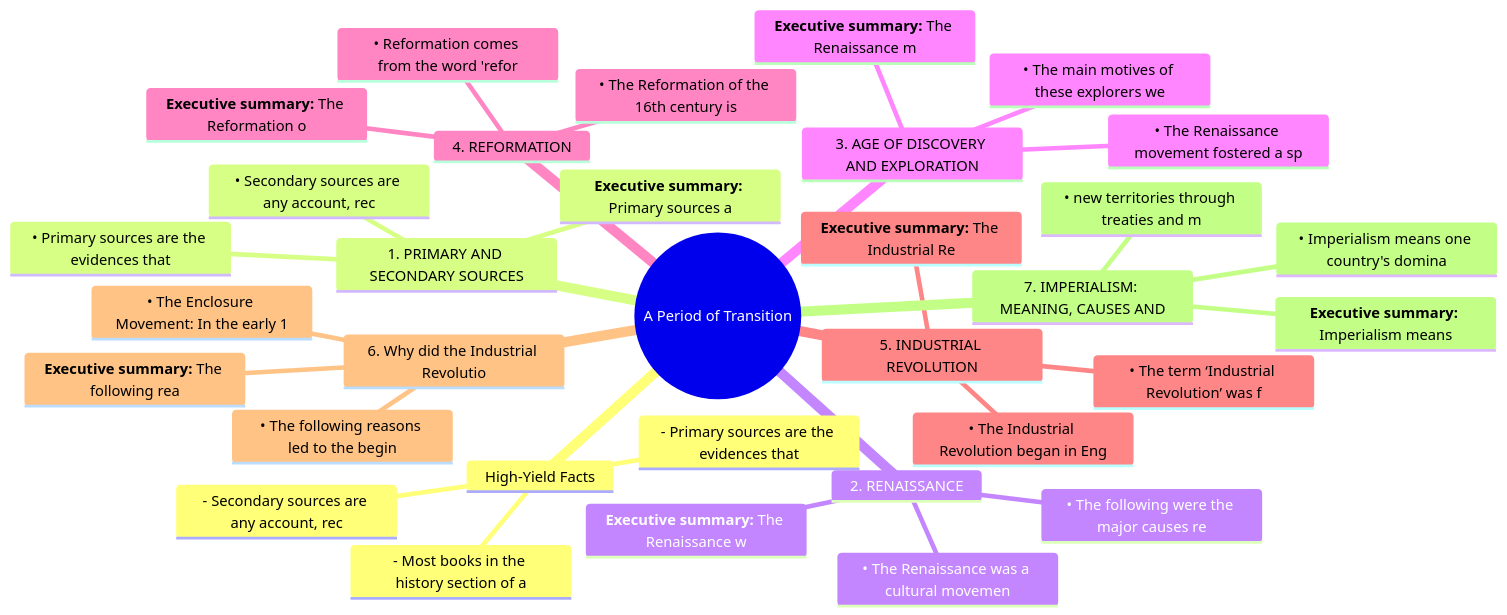
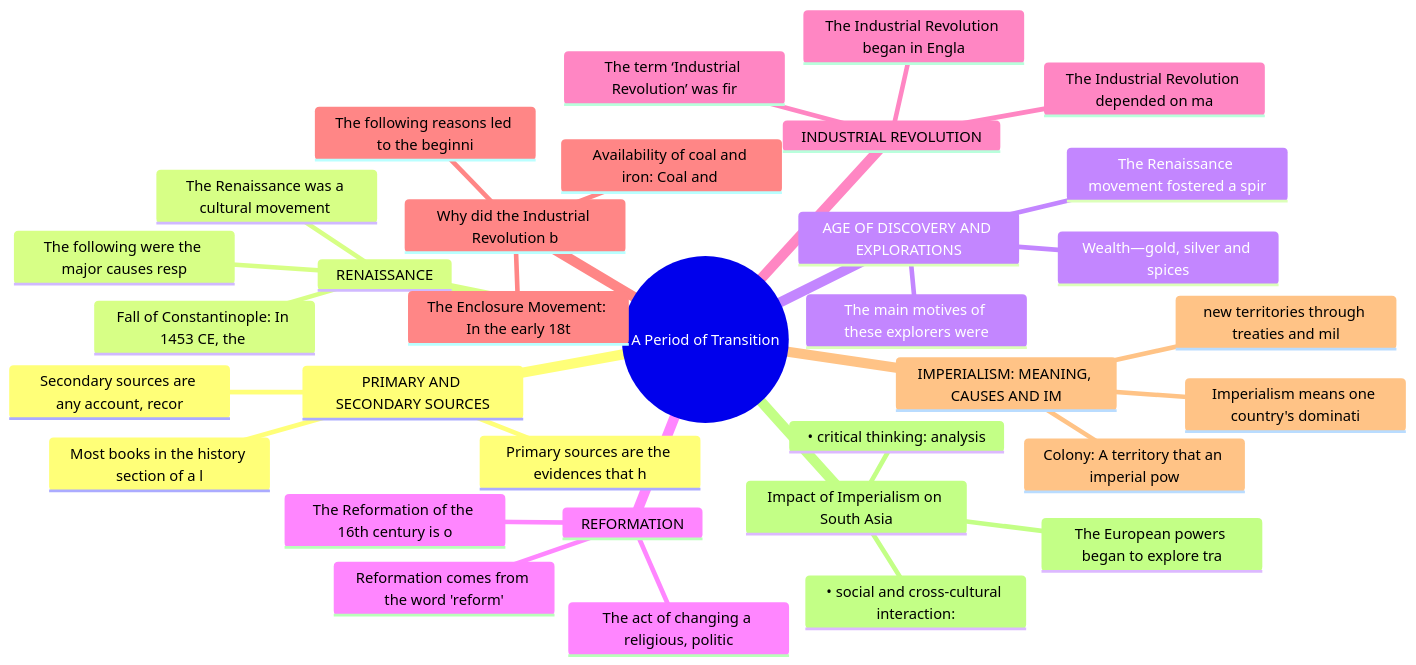
Before and after one commit to drajays/class8: the diagram in data/history8/chapters/ch1.md, drawn with Mermaid. The commit also changed other lines of this file and 60 other files, not shown here.

````diff
--- a/data/history8/chapters/ch1.md
+++ b/data/history8/chapters/ch1.md
@@ -315,36 +277,36 @@
 ```mermaid
 mindmap
   root((A Period of Transition))
-    High-Yield Facts
-      - Primary sources are the evidences that
-      - Secondary sources are any account, rec
-      - Most books in the history section of a
-    1. PRIMARY AND SECONDARY SOURCES
-      **Executive summary:** Primary sources a
-      • Primary sources are the evidences that
-      • Secondary sources are any account, rec
-    2. RENAISSANCE
-      **Executive summary:** The Renaissance w
-      • The Renaissance was a cultural movemen
-      • The following were the major causes re
-    3. AGE OF DISCOVERY AND EXPLORATION
-      **Executive summary:** The Renaissance m
-      • The Renaissance movement fostered a sp
-      • The main motives of these explorers we
-    4. REFORMATION
-      **Executive summary:** The Reformation o
-      • The Reformation of the 16th century is
-      • Reformation comes from the word 'refor
-    5. INDUSTRIAL REVOLUTION
-      **Executive summary:** The Industrial Re
-      • The Industrial Revolution began in Eng
-      • The term ‘Industrial Revolution’ was f
-    6. Why did the Industrial Revolutio
-      **Executive summary:** The following rea
-      • The following reasons led to the begin
-      • The Enclosure Movement: In the early 1
-    7. IMPERIALISM: MEANING, CAUSES AND
-      **Executive summary:** Imperialism means
-      • Imperialism means one country's domina
-      • new territories through treaties and m
+    PRIMARY AND SECONDARY SOURCES
+      Primary sources are the evidences that h
+      Secondary sources are any account, recor
+      Most books in the history section of a l
+    RENAISSANCE
+      The Renaissance was a cultural movement 
+      The following were the major causes resp
+      Fall of Constantinople: In 1453 CE, the 
+    AGE OF DISCOVERY AND EXPLORATIONS
+      The Renaissance movement fostered a spir
+      The main motives of these explorers were
+      Wealth—gold, silver and spices
+    REFORMATION
+      The Reformation of the 16th century is o
+      Reformation comes from the word 'reform'
+      The act of changing a religious, politic
+    INDUSTRIAL REVOLUTION
+      The Industrial Revolution began in Engla
+      The term ‘Industrial Revolution’ was fir
+      The Industrial Revolution depended on ma
+    Why did the Industrial Revolution b
+      The following reasons led to the beginni
+      The Enclosure Movement: In the early 18t
+      Availability of coal and iron: Coal and 
+    IMPERIALISM: MEANING, CAUSES AND IM
+      Imperialism means one country's dominati
+      new territories through treaties and mil
+      Colony: A territory that an imperial pow
+    Impact of Imperialism on South Asia
+      The European powers began to explore tra
+      • social and cross-cultural interaction:
+      • critical thinking: analysis
 ```
````
